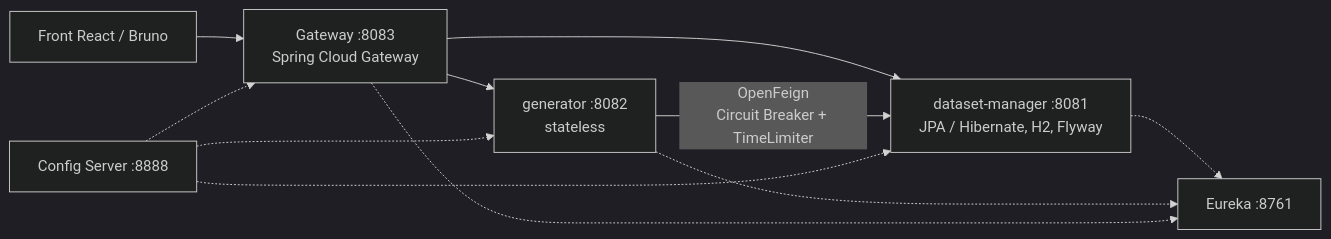
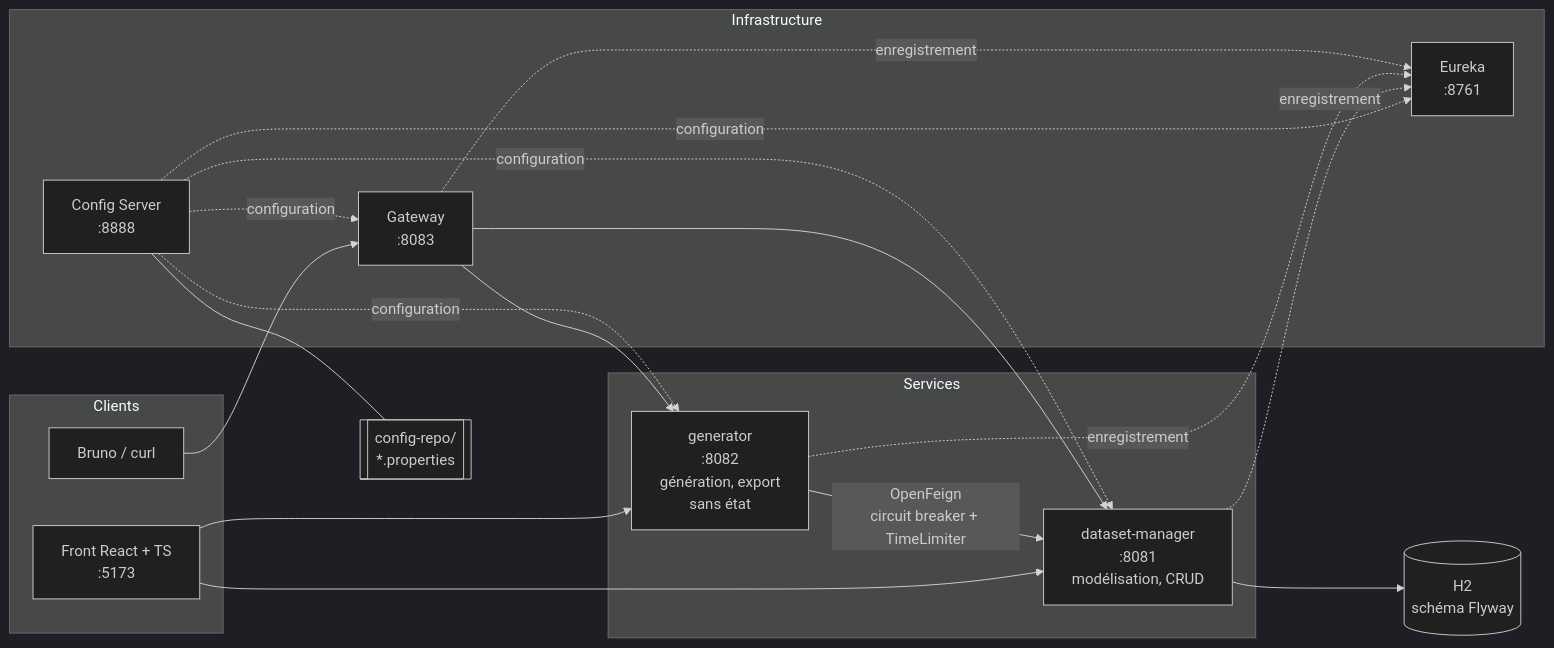
The first of 4 diagrams in README.md (MamitianaRak/dataset-generator), drawn with Mermaid (dark theme) before and after one commit. The commit also changed other lines of this file and 9 other files, not shown here.

First line of the commit message:
ci: test every service and the front end; docs: one README with diagrams

````diff
--- a/README.md
+++ b/README.md
@@ -9,13 +49,32 @@
 ```mermaid
 flowchart LR
-    Client["Front React / Bruno"] --> Gateway["Gateway :8083<br/>Spring Cloud Gateway"]
-    Gateway --> Manager["dataset-manager :8081<br/>JPA / Hibernate, H2, Flyway"]
-    Gateway --> Generator["generator :8082<br/>stateless"]
-    Generator -- "OpenFeign<br/>Circuit Breaker + TimeLimiter" --> Manager
-    Manager -.-> Eureka["Eureka :8761"]
-    Generator -.-> Eureka
-    Gateway -.-> Eureka
-    Config["Config Server :8888"] -.-> Manager
-    Config -.-> Generator
-    Config -.-> Gateway
+    subgraph Clients
+        UI["Front React + TS<br/>:5173"]
+        API["Bruno / curl"]
+    end
+
+    subgraph Infrastructure
+        CFG["Config Server<br/>:8888"]
+        EUR["Eureka<br/>:8761"]
+        GW["Gateway<br/>:8083"]
+    end
+
+    subgraph Services
+        MGR["dataset-manager<br/>:8081<br/>modélisation, CRUD"]
+        GEN["generator<br/>:8082<br/>génération, export<br/>sans état"]
+    end
+
+    DB[("H2<br/>schéma Flyway")]
+    REPO[["config-repo/<br/>*.properties"]]
+
+    UI --> MGR
+    UI --> GEN
+    API --> GW
+    GW --> MGR
+    GW --> GEN
+    GEN -- "OpenFeign<br/>circuit breaker + TimeLimiter" --> MGR
+    MGR --> DB
+    CFG --- REPO
+    CFG -. configuration .-> MGR & GEN & GW & EUR
+    MGR & GEN & GW -. enregistrement .-> EUR
 ```
````
